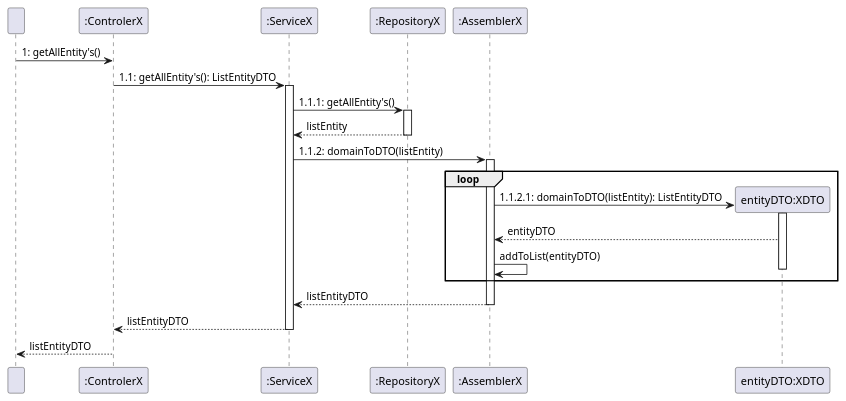
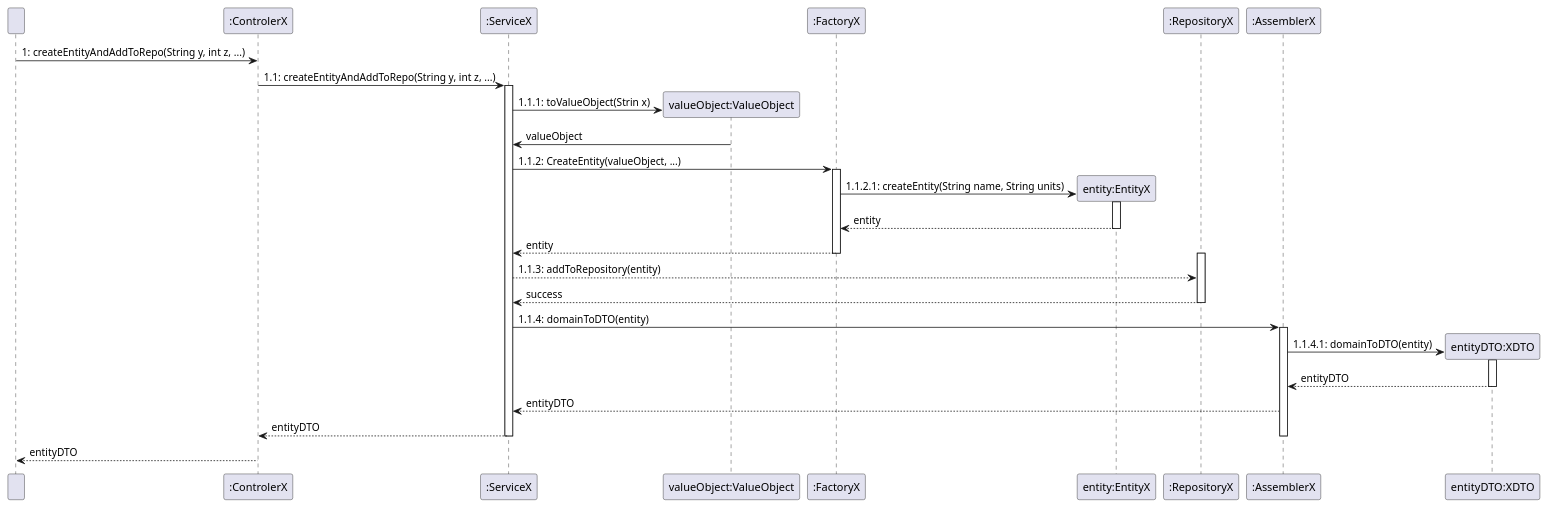
The diagram in docs/ood/generalSequenceDiagrams/CreateEntity.puml (olivDiogo/SmartHome), drawn with PlantUML before and after one commit. The commit also changed 5 other files, not shown here.

Commit message:
Added Get entity by ID general diagram

```diff
--- a/docs/ood/generalSequenceDiagrams/CreateEntity.puml
+++ b/docs/ood/generalSequenceDiagrams/CreateEntity.puml
@@ -1,33 +1,49 @@
 @startuml
 participant "  " as User
 participant ":ControlerX" as Controller
 participant ":ServiceX" as Service
+participant "valueObject:ValueObject" as ValueObject
+participant ":FactoryX" as Factory
+participant "entity:EntityX" as Entity
 participant ":RepositoryX" as Repository
 participant ":AssemblerX" as Assembler
 participant "entityDTO:XDTO" as DTO
 
 
-User -> Controller: 1: getAllEntity's()
-Controller -> Service: 1.1: getAllEntity's(): ListEntityDTO
+User -> Controller: 1: createEntityAndAddToRepo(String y, int z, ...)
+Controller -> Service: 1.1: createEntityAndAddToRepo(String y, int z, ...)
 activate Service
-Service -> Repository: 1.1.1: getAllEntity's()
+create ValueObject
+Service -> ValueObject: 1.1.1: toValueObject(Strin x)
+
+ValueObject -> Service: valueObject
+deactivate ValueObject
+Service -> Factory: 1.1.2: CreateEntity(valueObject, ...)
+activate Factory
+
+create Entity
+Factory -> Entity: 1.1.2.1: createEntity(String name, String units)
+activate Entity
+Entity --> Factory: entity
+deactivate Entity
+Factory --> Service: entity
+deactivate Factory
 activate Repository
-Repository --> Service: listEntity
+Service --> Repository: 1.1.3: addToRepository(entity)
+Repository --> Service: success
 deactivate Repository
-Service -> Assembler: 1.1.2: domainToDTO(listEntity)
+Service -> Assembler: 1.1.4: domainToDTO(entity)
+
 activate Assembler
 create DTO
-loop
-Assembler -> DTO: 1.1.2.1: domainToDTO(listEntity): ListEntityDTO
+Assembler -> DTO: 1.1.4.1: domainToDTO(entity)
 activate DTO
 DTO --> Assembler: entityDTO
-Assembler -> Assembler: addToList(entityDTO)
 deactivate DTO
-end
-Assembler --> Service: listEntityDTO
+Assembler --> Service: entityDTO
+Service --> Controller: entityDTO
+deactivate Service
 deactivate Assembler
-Service --> Controller: listEntityDTO
-deactivate Service
-Controller --> User: listEntityDTO
+Controller --> User: entityDTO
 
 @enduml
```
